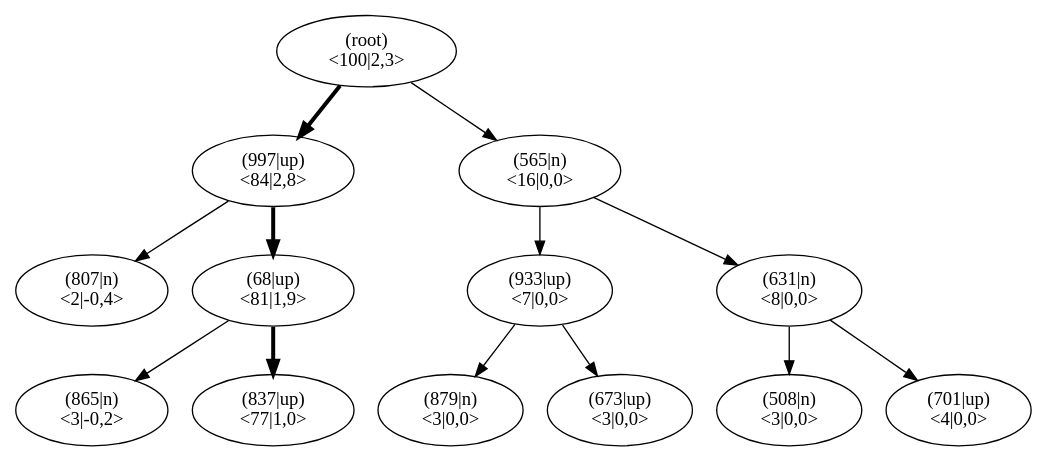
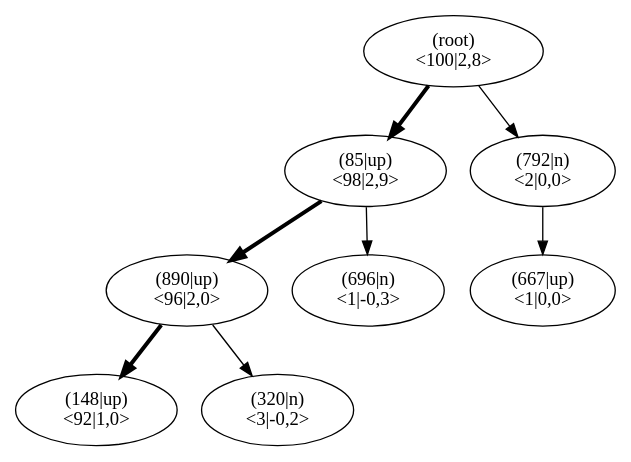
One commit to JonasHellgren/relexp-java changed the diagram in pictures/ch13/jumper_test_mcts.dot. Above: the diagram before and after it, drawn with Graphviz. The commit also changed 57 other files, not shown here.

```diff
--- a/pictures/ch13/jumper_test_mcts.dot
+++ b/pictures/ch13/jumper_test_mcts.dot
@@ -1,41 +1,26 @@
 digraph MCTS {
 node [shape=ellipse];
 Nroot [label="(root)
-<100|2,3>"];
-Nroot -> N997[penwidth=3];
-N997 [label="(997|up)
-<84|2,8>"];
-N997 -> N807[penwidth=1];
-N807 [label="(807|n)
-<2|-0,4>"];
-N997 -> N68[penwidth=3];
-N68 [label="(68|up)
-<81|1,9>"];
-N68 -> N865[penwidth=1];
-N865 [label="(865|n)
+<100|2,8>"];
+Nroot -> N85[penwidth=3];
+N85 [label="(85|up)
+<98|2,9>"];
+N85 -> N890[penwidth=3];
+N890 [label="(890|up)
+<96|2,0>"];
+N890 -> N148[penwidth=3];
+N148 [label="(148|up)
+<92|1,0>"];
+N890 -> N320[penwidth=1];
+N320 [label="(320|n)
 <3|-0,2>"];
-N68 -> N837[penwidth=3];
-N837 [label="(837|up)
-<77|1,0>"];
-Nroot -> N565[penwidth=1];
-N565 [label="(565|n)
-<16|0,0>"];
-N565 -> N933[penwidth=1];
-N933 [label="(933|up)
-<7|0,0>"];
-N933 -> N879[penwidth=1];
-N879 [label="(879|n)
-<3|0,0>"];
-N933 -> N673[penwidth=1];
-N673 [label="(673|up)
-<3|0,0>"];
-N565 -> N631[penwidth=1];
-N631 [label="(631|n)
-<8|0,0>"];
-N631 -> N508[penwidth=1];
-N508 [label="(508|n)
-<3|0,0>"];
-N631 -> N701[penwidth=1];
-N701 [label="(701|up)
-<4|0,0>"];
+N85 -> N696[penwidth=1];
+N696 [label="(696|n)
+<1|-0,3>"];
+Nroot -> N792[penwidth=1];
+N792 [label="(792|n)
+<2|0,0>"];
+N792 -> N667[penwidth=1];
+N667 [label="(667|up)
+<1|0,0>"];
 }
```
